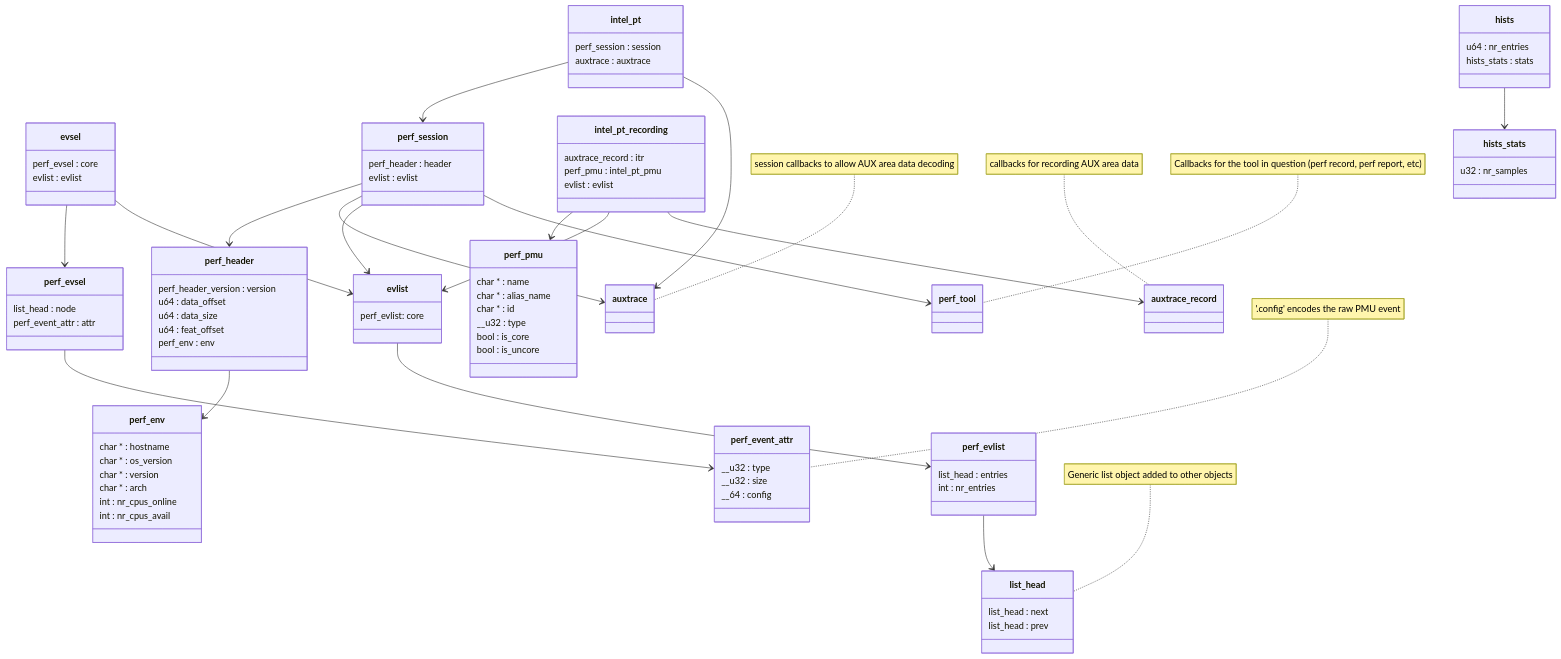
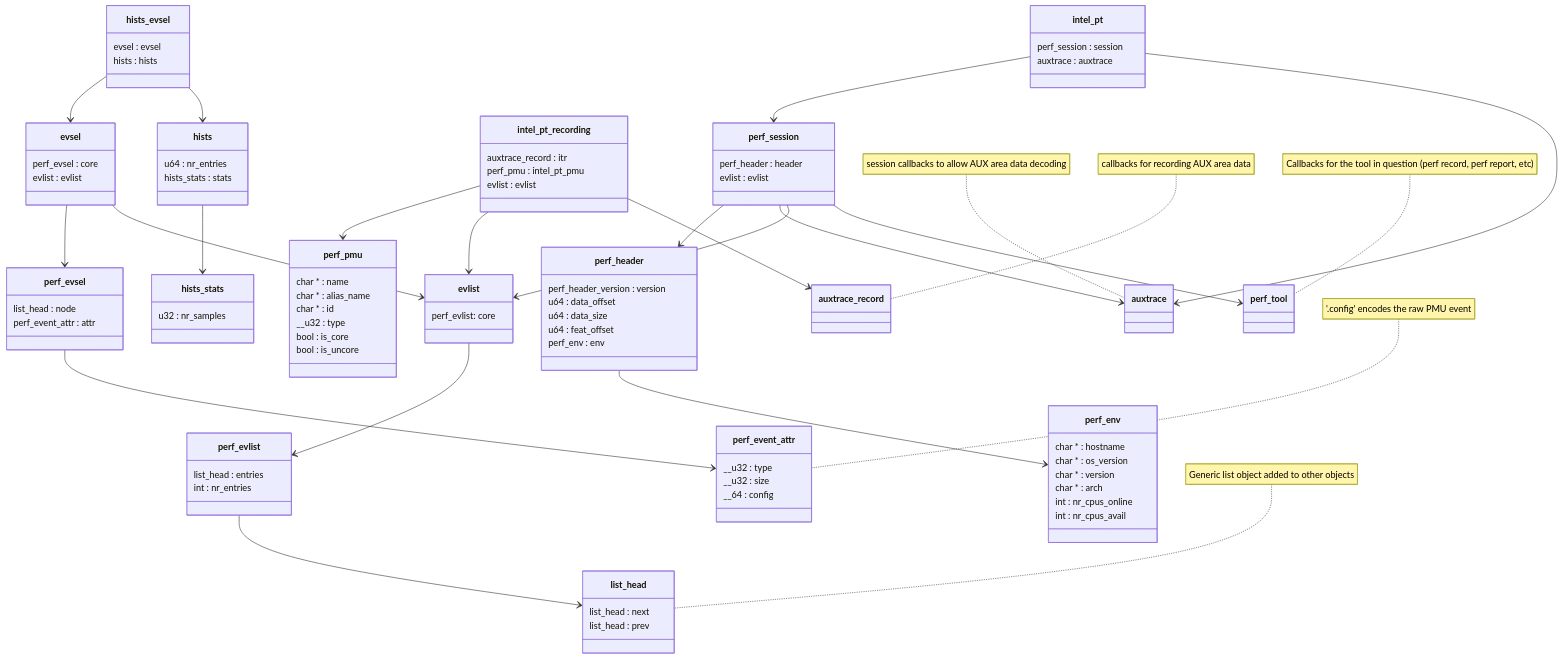
One commit to jamesodhunt/foo changed the diagram in mermaid-classes-2.md. Above: the diagram before and after it, drawn with Mermaid.

````diff
--- a/mermaid-classes-2.md
+++ b/mermaid-classes-2.md
@@ -69,6 +69,11 @@
       evlist : evlist
     }
 
+    class hists_evsel {
+      evsel : evsel
+      hists : hists
+    }
+
     class hists {
       u64 : nr_entries
       hists_stats : stats
@@ -118,4 +123,6 @@
     intel_pt_recording --> evlist
     intel_pt_recording --> auxtrace_record
     hists --> hists_stats
+    hists_evsel --> evsel
+    hists_evsel --> hists
 ```
````
